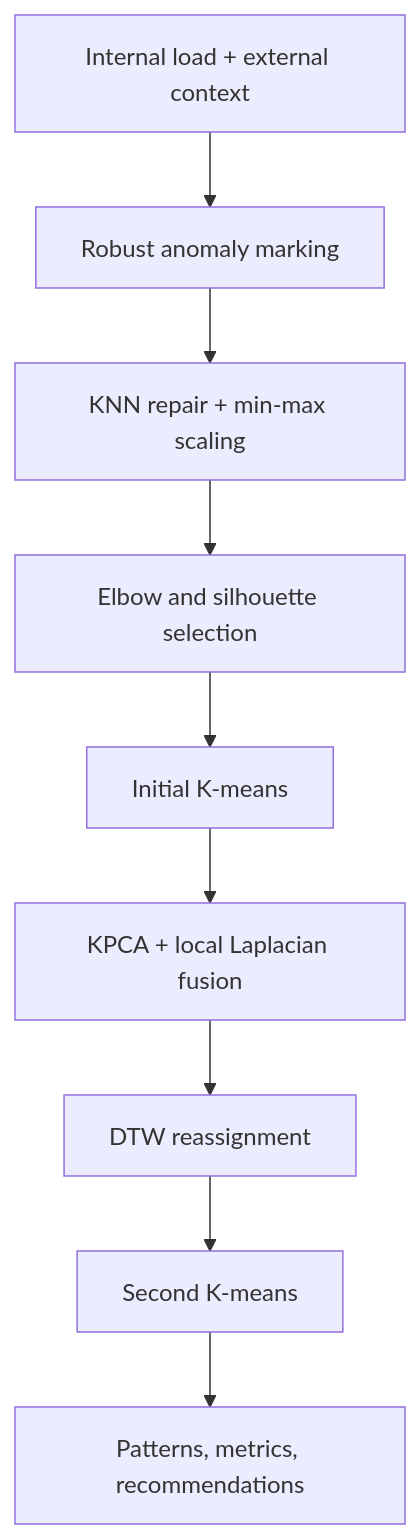
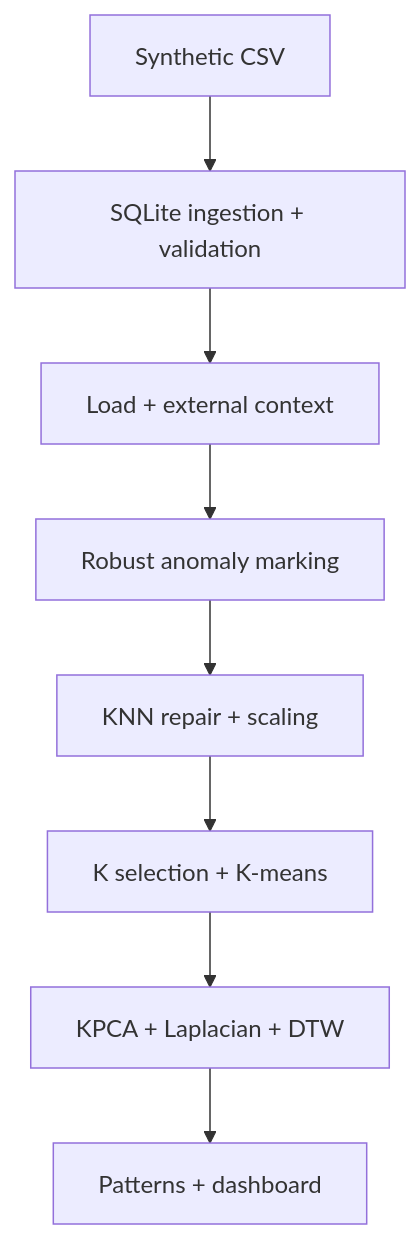
One commit to zhld25-lab/industrial-load-clustering changed the diagram in README.md. Above: the diagram before and after it, drawn with Mermaid. The commit also changed other lines of this file, not shown here.

Commit message:
Add synthetic dataset and SQLite analytics

````diff
--- a/README.md
+++ b/README.md
@@ -29,11 +33,10 @@
 ```mermaid
 flowchart TD
-    A["Internal load + external context"] --> B["Robust anomaly marking"]
-    B --> C["KNN repair + min-max scaling"]
-    C --> D["Elbow and silhouette selection"]
-    D --> E["Initial K-means"]
-    E --> F["KPCA + local Laplacian fusion"]
-    F --> G["DTW reassignment"]
-    G --> H["Second K-means"]
-    H --> I["Patterns, metrics, recommendations"]
+    A["Synthetic CSV"] --> B["SQLite ingestion + validation"]
+    B --> C["Load + external context"]
+    C --> D["Robust anomaly marking"]
+    D --> E["KNN repair + scaling"]
+    E --> F["K selection + K-means"]
+    F --> G["KPCA + Laplacian + DTW"]
+    G --> H["Patterns + dashboard"]
 ```
````
